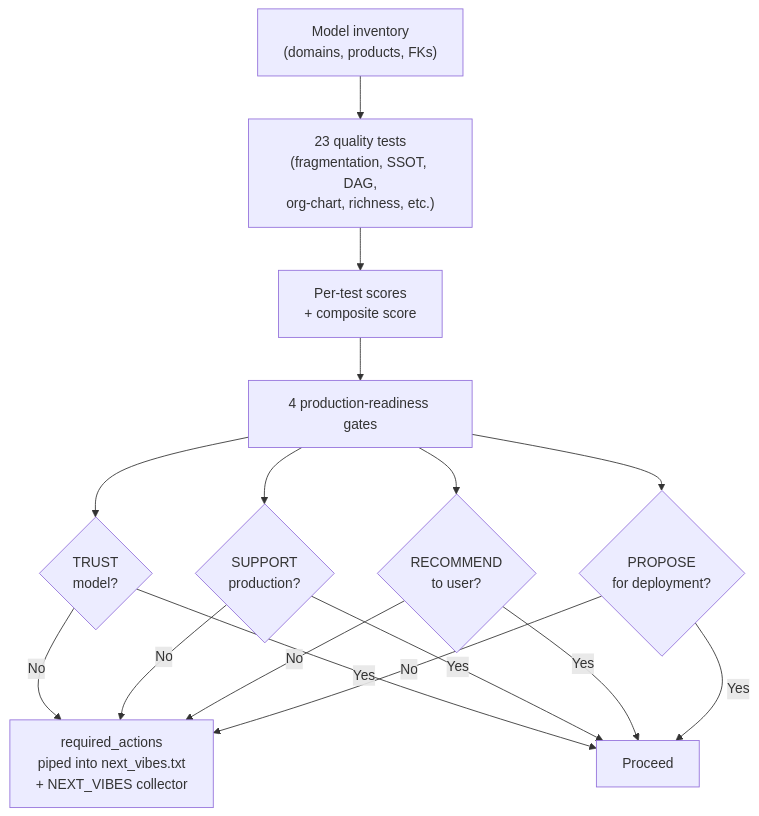
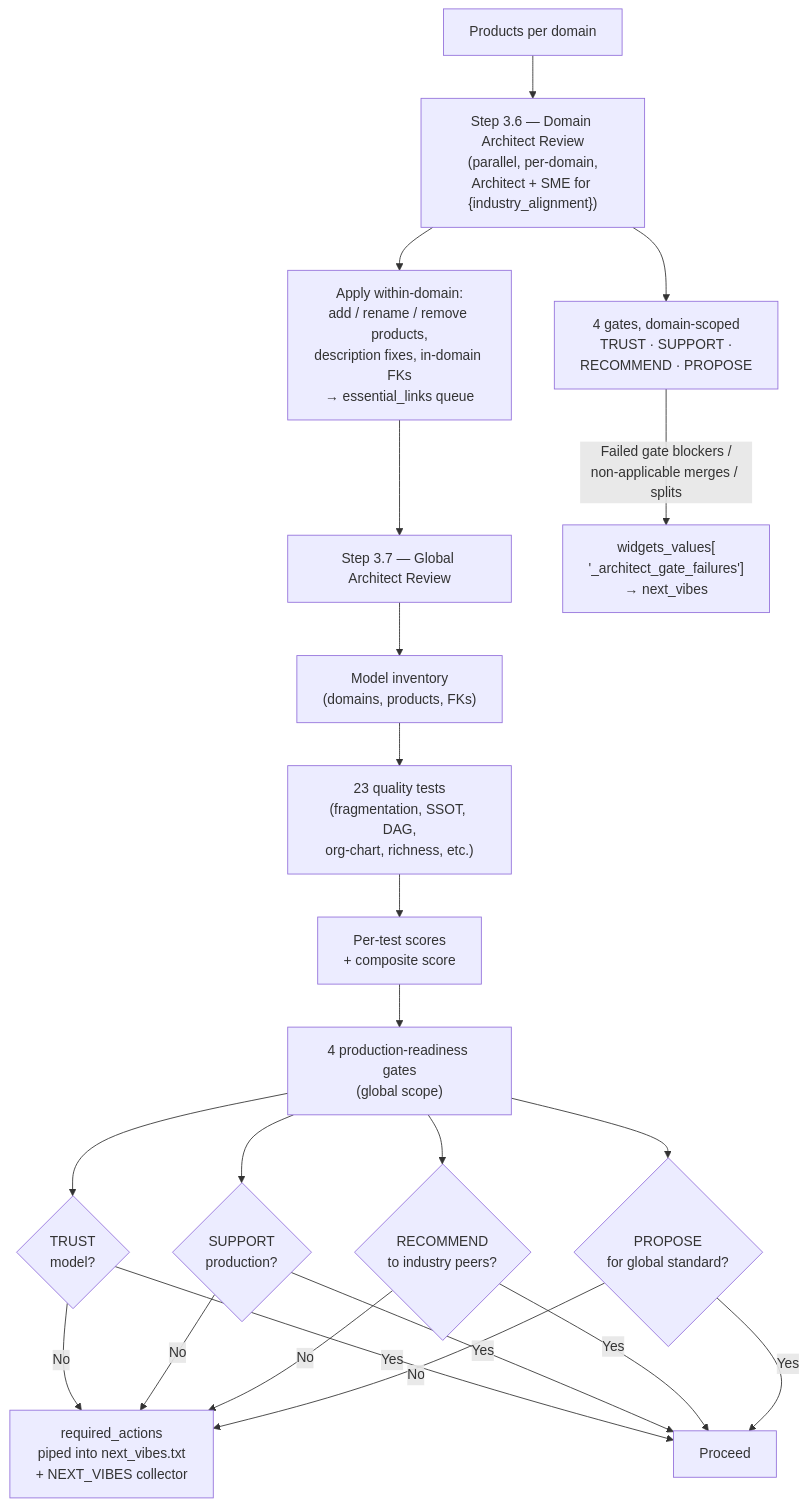
The second of 10 diagrams in docs/design-guide.md (amralieg/vibe-modelling-agent), drawn with Mermaid before and after one commit. The commit also changed other lines of this file and 6 other files, not shown here.

````diff
--- a/docs/design-guide.md
+++ b/docs/design-guide.md
@@ -213,18 +216,24 @@
 ```mermaid
 flowchart TD
-    INV["Model inventory<br/>(domains, products, FKs)"] --> TESTS["23 quality tests<br/>(fragmentation, SSOT, DAG,<br/>org-chart, richness, etc.)"]
+    PROD["Products per domain"] --> S36["Step 3.6 — Domain Architect Review<br/>(parallel, per-domain,<br/>Architect + SME for {industry_alignment})"]
+    S36 --> S36OUT["Apply within-domain:<br/>add / rename / remove products,<br/>description fixes, in-domain FKs<br/>→ essential_links queue"]
+    S36 --> S36GATES["4 gates, domain-scoped<br/>TRUST · SUPPORT ·<br/>RECOMMEND · PROPOSE"]
+    S36OUT --> S37["Step 3.7 — Global Architect Review"]
+    S36GATES -->|Failed gate blockers /<br/>non-applicable merges / splits| STASH["widgets_values[<br/>'_architect_gate_failures']<br/>→ next_vibes"]
+    S37 --> INV["Model inventory<br/>(domains, products, FKs)"]
+    INV --> TESTS["23 quality tests<br/>(fragmentation, SSOT, DAG,<br/>org-chart, richness, etc.)"]
     TESTS --> SCORES["Per-test scores<br/>+ composite score"]
-    SCORES --> GATES["4 production-readiness gates"]
+    SCORES --> GATES["4 production-readiness gates<br/>(global scope)"]
     GATES --> G1{"TRUST<br/>model?"}
     GATES --> G2{"SUPPORT<br/>production?"}
-    GATES --> G3{"RECOMMEND<br/>to user?"}
-    GATES --> G4{"PROPOSE<br/>for deployment?"}
+    GATES --> G3{"RECOMMEND<br/>to industry peers?"}
+    GATES --> G4{"PROPOSE<br/>for global standard?"}
     G1 -->|No| RA["required_actions<br/>piped into next_vibes.txt<br/>+ NEXT_VIBES collector"]
     G2 -->|No| RA
     G3 -->|No| RA
     G4 -->|No| RA
     G1 -->|Yes| PASS["Proceed"]
     G2 -->|Yes| PASS
     G3 -->|Yes| PASS
     G4 -->|Yes| PASS
 ```
````
